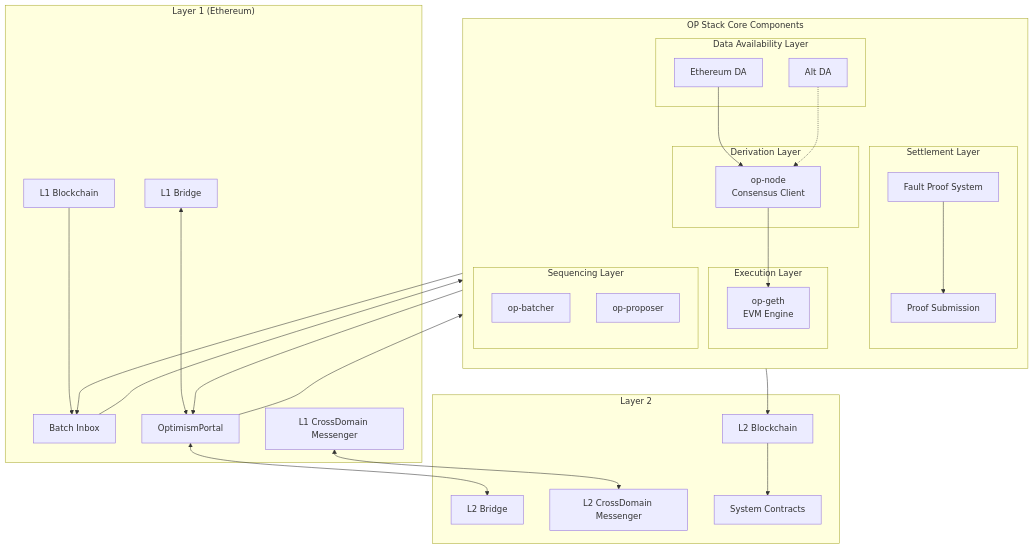
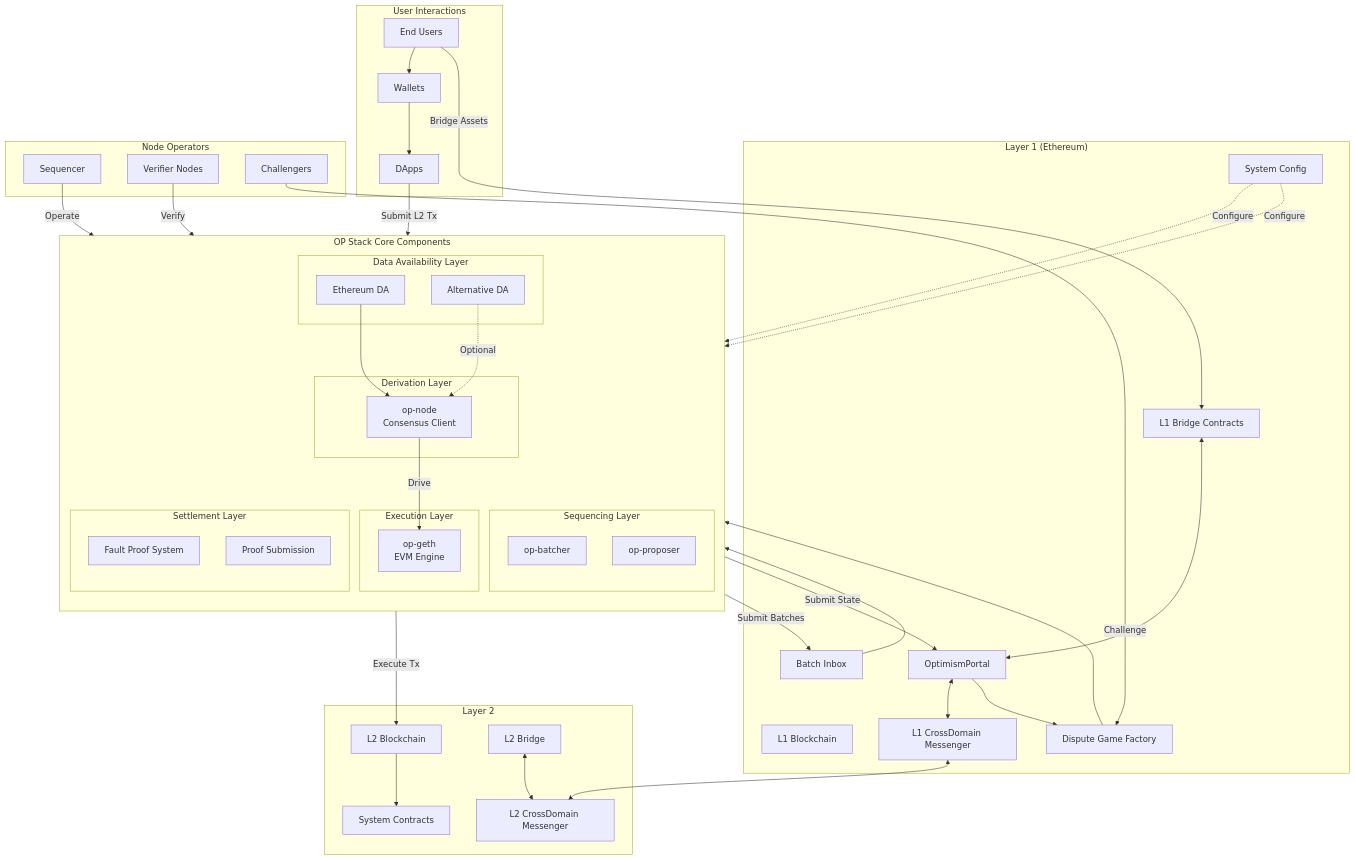
One commit to gmh5225/Optimism-Stack-Architecture changed the diagram in README.md. Above: the diagram before and after it, drawn with Mermaid.

````diff
--- a/README.md
+++ b/README.md
@@ -7,8 +7,10 @@
         L1[L1 Blockchain]
         BatchInbox[Batch Inbox]
         Portal[OptimismPortal]
-        L1Bridge[L1 Bridge]
+        L1Bridge[L1 Bridge Contracts]
         L1CrossDomain[L1 CrossDomain Messenger]
+        DisputeGame[Dispute Game Factory]
+        SystemConfig[System Config]
     end
 
     subgraph "OP Stack Core Components"
@@ -16,7 +18,7 @@
         
         subgraph "Data Availability Layer"
             EthDA[Ethereum DA]
-            AltDA[Alt DA]
+            AltDA[Alternative DA]
         end
         
         subgraph "Derivation Layer"
@@ -27,14 +29,14 @@
             OpGeth[op-geth<br/>EVM Engine]
         end
         
+        subgraph "Sequencing Layer"
+            Batcher[op-batcher]
+            Proposer[op-proposer]
+        end
+
         subgraph "Settlement Layer"
             FaultProof[Fault Proof System]
             ProofSubmission[Proof Submission]
-        end
-
-        subgraph "Sequencing Layer"
-            Batcher[op-batcher]
-            Proposer[op-proposer]
         end
     end
 
@@ -45,24 +47,54 @@
         Predeploys[System Contracts]
     end
 
-    %% Connections
-    L1 --> BatchInbox
-    BatchInbox --> OpNode
-    OpNode --> OpGeth
-    OpGeth --> L2
+    subgraph "User Interactions"
+        Users[End Users]
+        Dapps[DApps]
+        Wallets[Wallets]
+    end
+
+    subgraph "Node Operators"
+        Sequencer[Sequencer]
+        Verifier[Verifier Nodes]
+        Challenger[Challengers]
+    end
+
+    %% User Transaction Flow
+    Users --> Wallets
+    Wallets --> Dapps
+    Dapps -->|Submit L2 Tx| OpGeth
+    Users -->|Bridge Assets| L1Bridge
     
-    Batcher --> BatchInbox
-    Proposer --> Portal
-    
+    %% L1 -> L2 Flow
     L1Bridge <--> Portal
-    Portal <--> L2Bridge
+    Portal <--> L1CrossDomain
     L1CrossDomain <--> L2CrossDomain
     
+    %% Sequencing Flow
+    OpGeth -->|Execute Tx| L2
+    OpNode -->|Drive| OpGeth
+    Batcher -->|Submit Batches| BatchInbox
+    BatchInbox --> OpNode
+    
+    %% Settlement Flow
+    Proposer -->|Submit State| Portal
+    Portal --> DisputeGame
+    Challenger -->|Challenge| DisputeGame
+    DisputeGame --> FaultProof
+    
+    %% Data Flow
     EthDA --> OpNode
-    AltDA -.-> OpNode
+    AltDA -.->|Optional| OpNode
     
+    %% Node Operations
+    Sequencer -->|Operate| OpGeth
+    Verifier -->|Verify| OpNode
+    
+    %% System Config
+    SystemConfig -.->|Configure| OpNode
+    SystemConfig -.->|Configure| OpGeth
+
+    %% L2 Components
     L2 --> Predeploys
-    
-    Portal --> FaultProof
-    FaultProof --> ProofSubmission
+    L2Bridge <--> L2CrossDomain
 ```
````
